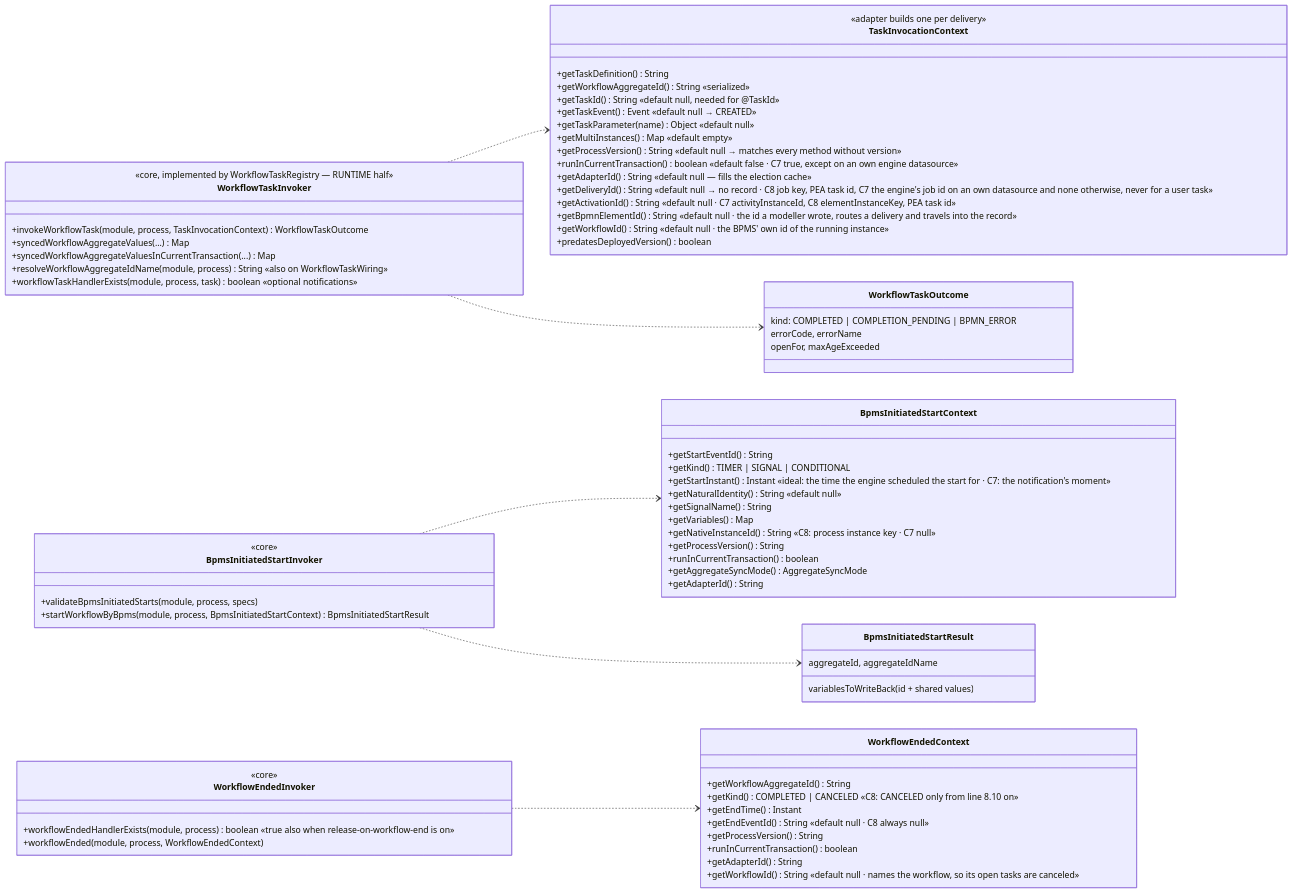
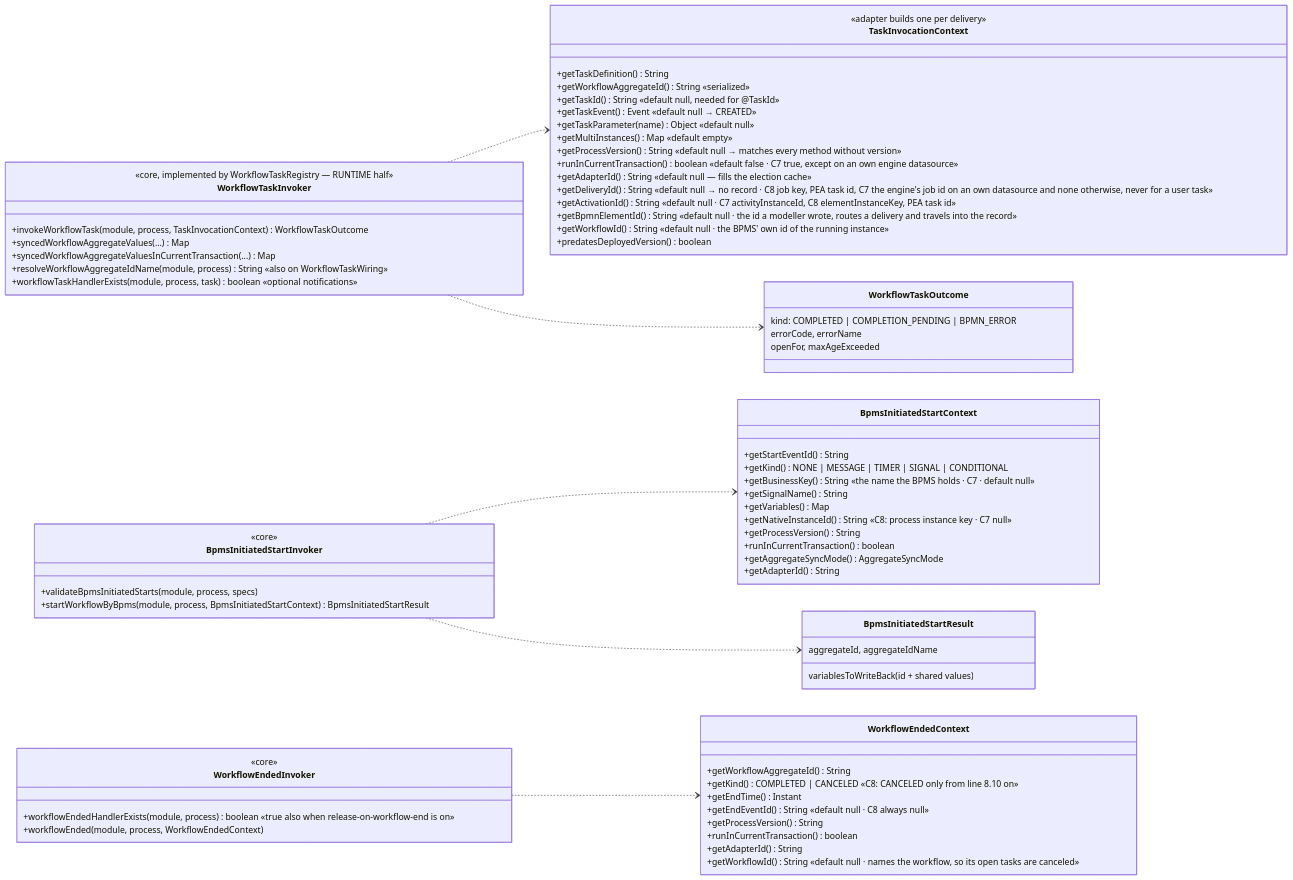
Before and after one commit to vanillabp/adapter-platform-integration: the seventh of 15 diagrams in migration-adapter/README.md, drawn with Mermaid. The commit also changed other lines of this file and 17 other files, not shown here.

````diff
--- a/migration-adapter/README.md
+++ b/migration-adapter/README.md
@@ -1044,76 +1044,75 @@
 ```mermaid
 classDiagram
   direction LR
   class WorkflowTaskInvoker {
     <<core, implemented by WorkflowTaskRegistry — RUNTIME half>>
     +invokeWorkflowTask(module, process, TaskInvocationContext) WorkflowTaskOutcome
     +syncedWorkflowAggregateValues(...) Map
     +syncedWorkflowAggregateValuesInCurrentTransaction(...) Map
     +resolveWorkflowAggregateIdName(module, process) String  «also on WorkflowTaskWiring»
     +workflowTaskHandlerExists(module, process, task) boolean  «optional notifications»
   }
   class TaskInvocationContext {
     <<adapter builds one per delivery>>
     +getTaskDefinition() String
     +getWorkflowAggregateId() String  «serialized»
     +getTaskId() String  «default null, needed for @TaskId»
     +getTaskEvent() Event  «default null → CREATED»
     +getTaskParameter(name) Object  «default null»
     +getMultiInstances() Map  «default empty»
     +getProcessVersion() String  «default null → matches every method without version»
     +runInCurrentTransaction() boolean  «default false · C7 true, except on an own engine datasource»
     +getAdapterId() String  «default null — fills the election cache»
     +getDeliveryId() String  «default null → no record · C8 job key, PEA task id, C7 the engine's job id on an own datasource and none otherwise, never for a user task»
     +getActivationId() String  «default null · C7 activityInstanceId, C8 elementInstanceKey, PEA task id»
     +getBpmnElementId() String  «default null · the id a modeller wrote, routes a delivery and travels into the record»
     +getWorkflowId() String  «default null · the BPMS' own id of the running instance»
     +predatesDeployedVersion() boolean
   }
   class WorkflowTaskOutcome {
     kind: COMPLETED | COMPLETION_PENDING | BPMN_ERROR
     errorCode, errorName
     openFor, maxAgeExceeded
   }
   class BpmsInitiatedStartInvoker {
     <<core>>
     +validateBpmsInitiatedStarts(module, process, specs)
     +startWorkflowByBpms(module, process, BpmsInitiatedStartContext) BpmsInitiatedStartResult
   }
   class BpmsInitiatedStartContext {
     +getStartEventId() String
-    +getKind() TIMER | SIGNAL | CONDITIONAL
-    +getStartInstant() Instant  «ideal: the time the engine scheduled the start for · C7: the notification's moment»
-    +getNaturalIdentity() String  «default null»
+    +getKind() NONE | MESSAGE | TIMER | SIGNAL | CONDITIONAL
+    +getBusinessKey() String  «the name the BPMS holds · C7 · default null»
     +getSignalName() String
     +getVariables() Map
     +getNativeInstanceId() String  «C8: process instance key · C7 null»
     +getProcessVersion() String
     +runInCurrentTransaction() boolean
     +getAggregateSyncMode() AggregateSyncMode
     +getAdapterId() String
   }
   class BpmsInitiatedStartResult {
     aggregateId, aggregateIdName
     variablesToWriteBack (id + shared values)
   }
   class WorkflowEndedInvoker {
     <<core>>
     +workflowEndedHandlerExists(module, process) boolean  «true also when release-on-workflow-end is on»
     +workflowEnded(module, process, WorkflowEndedContext)
   }
   class WorkflowEndedContext {
     +getWorkflowAggregateId() String
     +getKind() COMPLETED | CANCELED  «C8: CANCELED only from line 8.10 on»
     +getEndTime() Instant
     +getEndEventId() String  «default null · C8 always null»
     +getProcessVersion() String
     +runInCurrentTransaction() boolean
     +getAdapterId() String
     +getWorkflowId() String  «default null · names the workflow, so its open tasks are canceled»
   }
   WorkflowTaskInvoker ..> TaskInvocationContext
   WorkflowTaskInvoker ..> WorkflowTaskOutcome
   BpmsInitiatedStartInvoker ..> BpmsInitiatedStartContext
   BpmsInitiatedStartInvoker ..> BpmsInitiatedStartResult
   WorkflowEndedInvoker ..> WorkflowEndedContext
 ```
````
